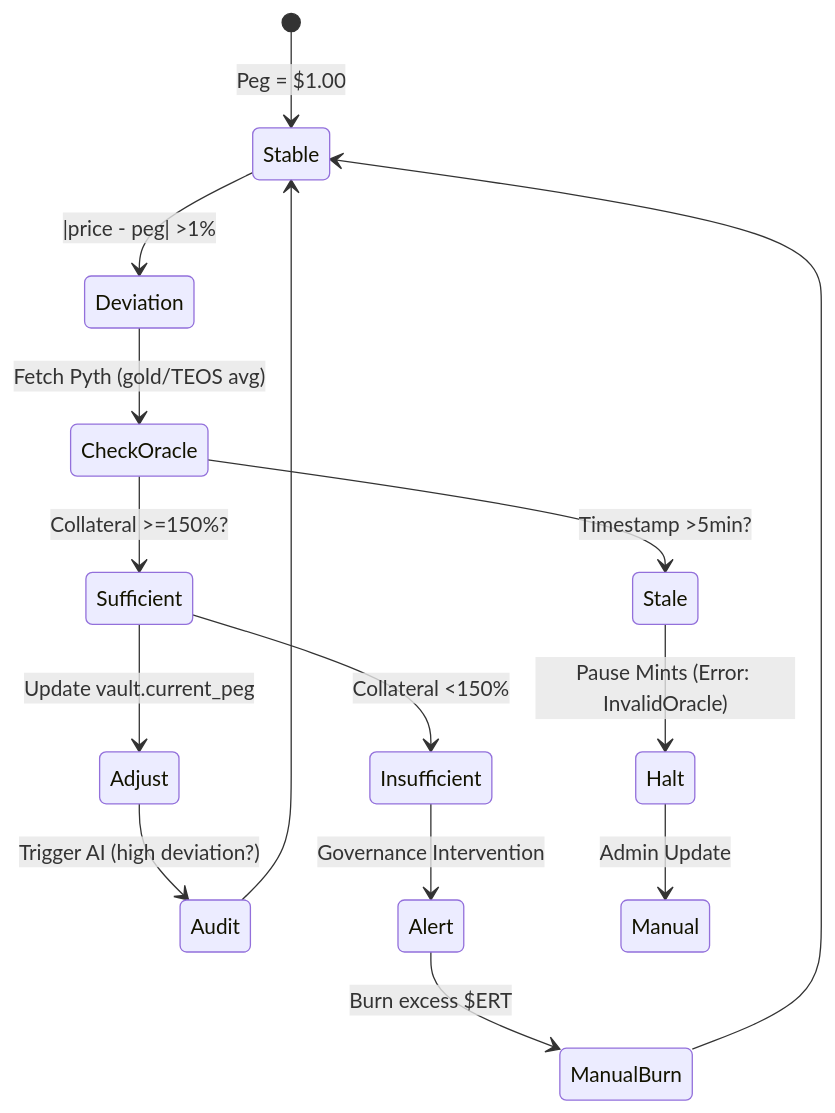
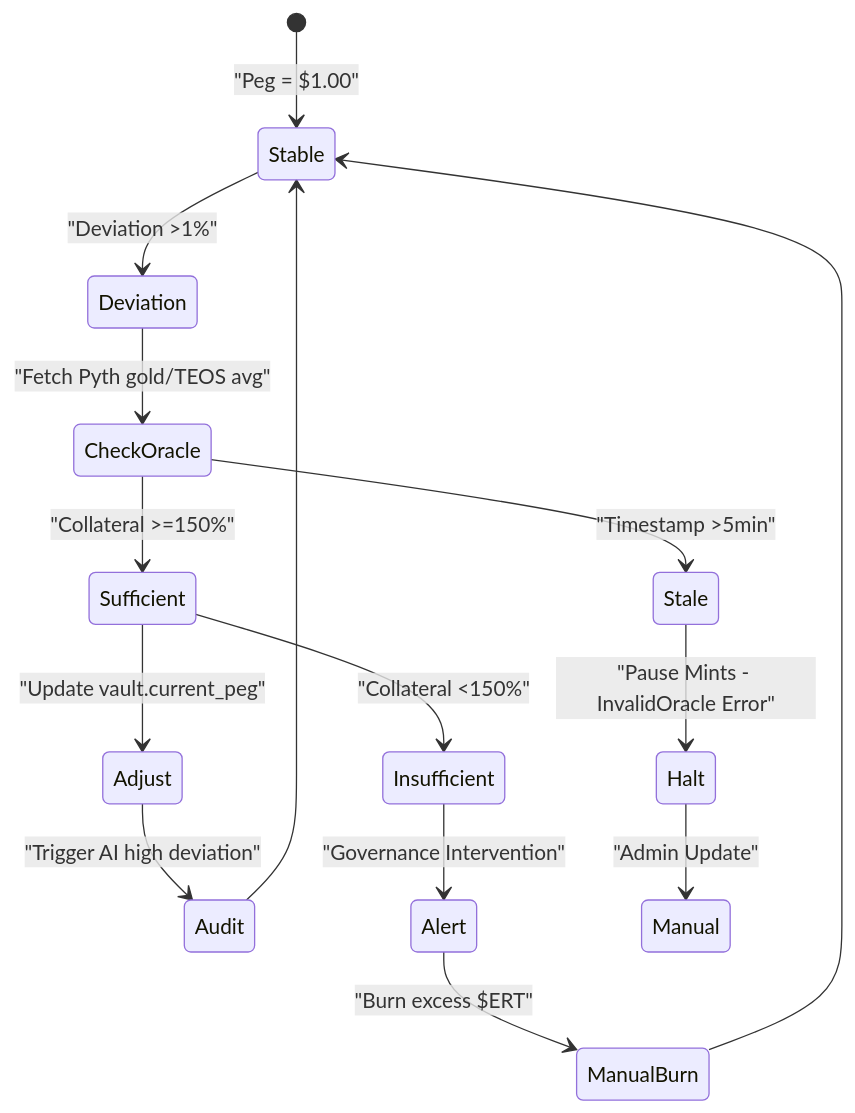
Before and after one commit to Elmahrosa/ERT-LAUNCH: the fourth of 4 diagrams in docs/advanced_arch.md, drawn with Mermaid. The commit also changed other lines of this file, not shown here.

````diff
--- a/docs/advanced_arch.md
+++ b/docs/advanced_arch.md
@@ -152,17 +140,17 @@
 ```mermaid
 stateDiagram-v2
-    [*] --> Stable: Peg = $1.00
-    Stable --> Deviation: |price - peg| >1%
-    Deviation --> CheckOracle: Fetch Pyth (gold/TEOS avg)
-    CheckOracle --> Sufficient: Collateral >=150%?
-    Sufficient --> Adjust: Update vault.current_peg
-    Adjust --> Audit: Trigger AI (high deviation?)
+    [*] --> Stable : "Peg = $1.00"
+    Stable --> Deviation : "Deviation >1%"
+    Deviation --> CheckOracle : "Fetch Pyth gold/TEOS avg"
+    CheckOracle --> Sufficient : "Collateral >=150%"
+    Sufficient --> Adjust : "Update vault.current_peg"
+    Adjust --> Audit : "Trigger AI high deviation"
     Audit --> Stable
-    Sufficient --> Insufficient: Collateral <150%
-    Insufficient --> Alert: Governance Intervention
-    Alert --> ManualBurn: Burn excess $ERT
+    Sufficient --> Insufficient : "Collateral <150%"
+    Insufficient --> Alert : "Governance Intervention"
+    Alert --> ManualBurn : "Burn excess $ERT"
     ManualBurn --> Stable
-    CheckOracle --> Stale: Timestamp >5min?
-    Stale --> Halt: Pause Mints (Error: InvalidOracle)
-    Halt --> Manual: Admin Update
+    CheckOracle --> Stale : "Timestamp >5min"
+    Stale --> Halt : "Pause Mints - InvalidOracle Error"
+    Halt --> Manual : "Admin Update"
 ```
````
